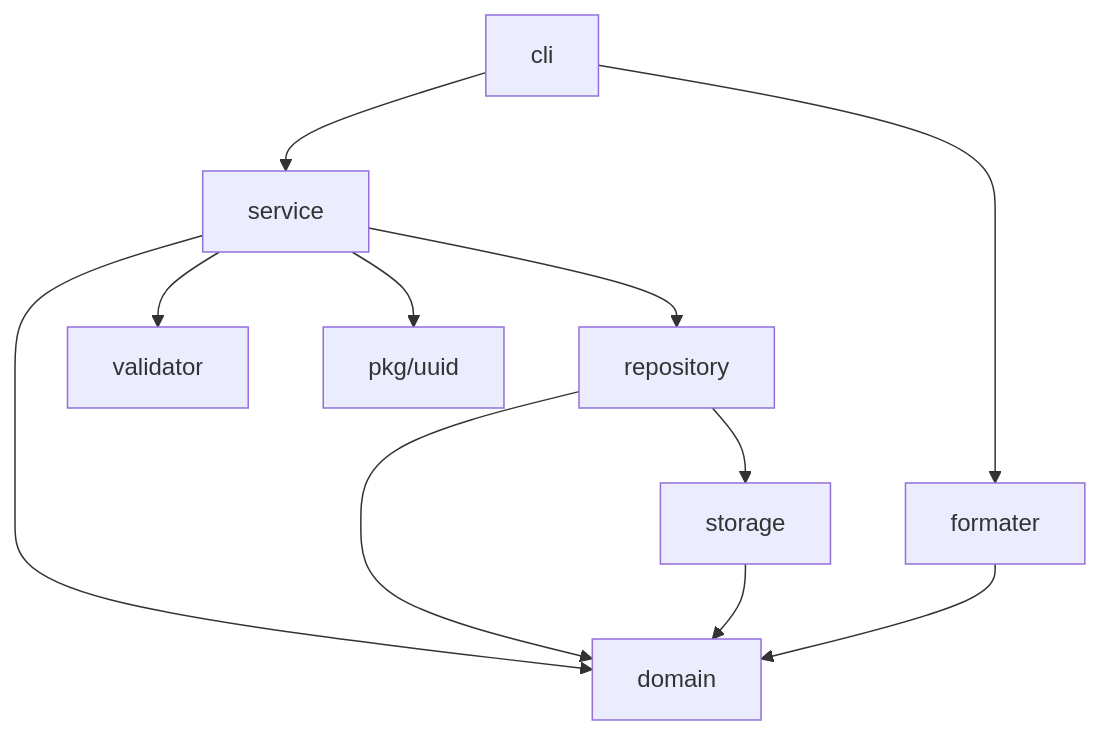
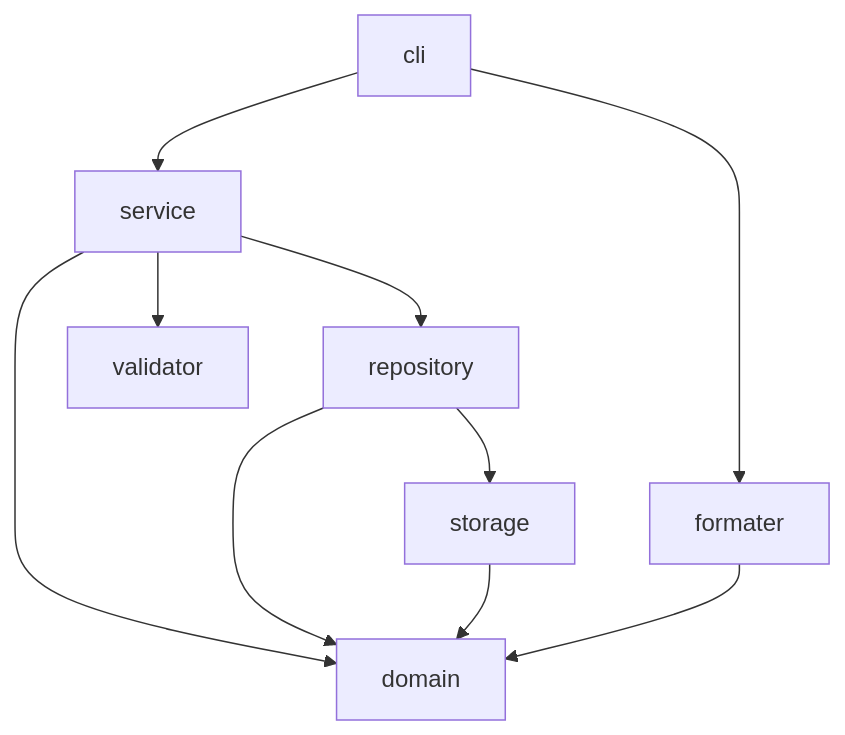
The ninth of 10 diagrams in docs/software-design-document.md (mmk31585/task-cli), drawn with Mermaid before and after one commit. The commit also changed other lines of this file and 7 other files, not shown here.

````diff
--- a/docs/software-design-document.md
+++ b/docs/software-design-document.md
@@ -842,13 +831,12 @@
 ```mermaid
 graph TD
     cli[cli] --> service[service]
     service --> repository[repository]
     service --> domain[domain]
     service --> validator[validator]
     repository --> storage[storage]
     repository --> domain
     storage --> domain
     cli --> formater[formater]
     formater --> domain
-    service --> uuid[pkg/uuid]
 ```
````
